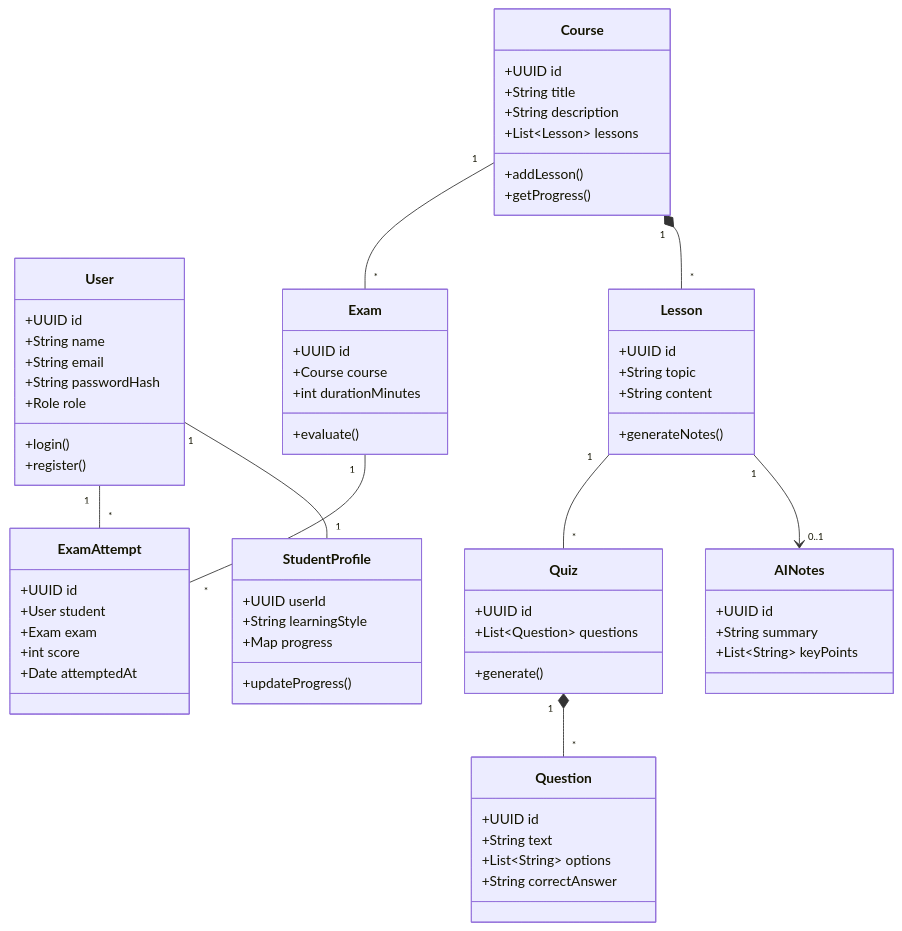
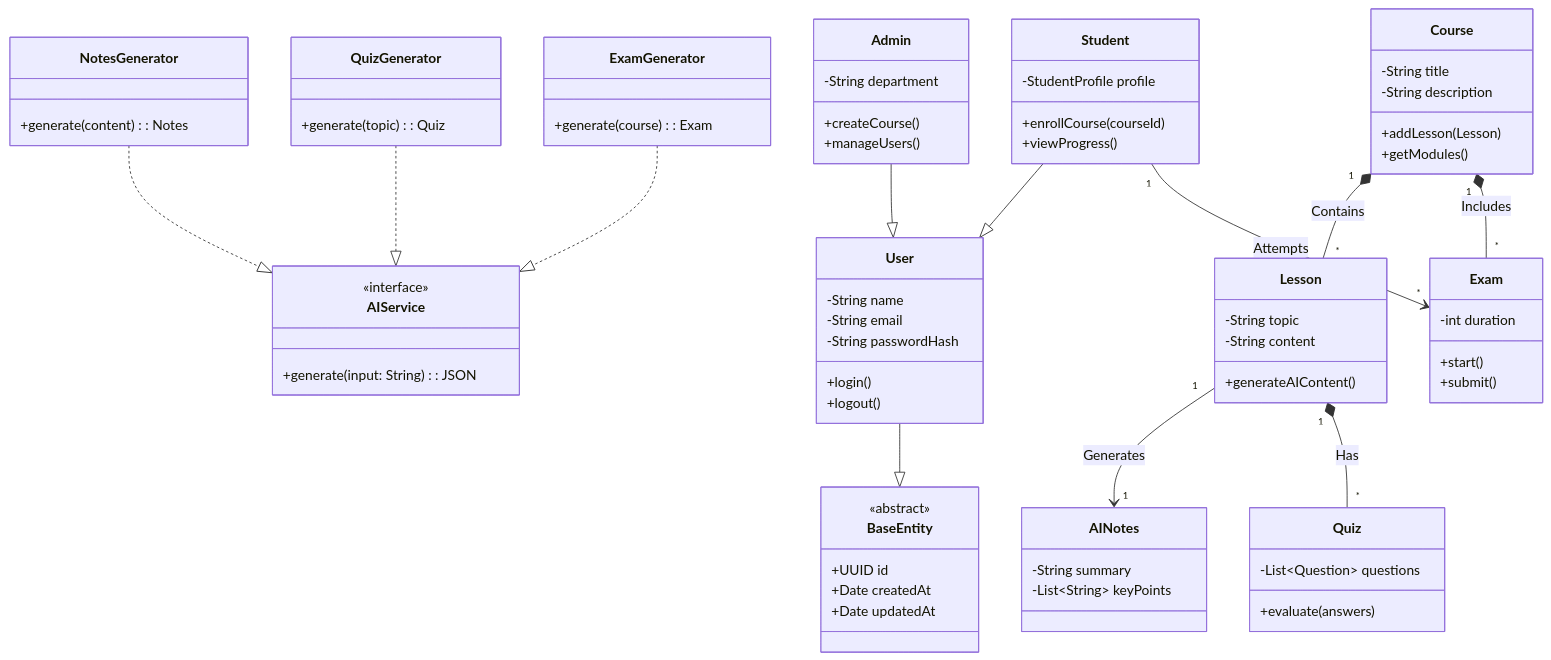
The first of 2 diagrams in docs/03_Structural_Diagrams.md (suvendukungfu/ai-education-platform), drawn with Mermaid before and after one commit. The commit also changed other lines of this file and 2 other files, not shown here.

Commit message:
Refine UML Class, Sequence, and Use Case diagrams based on specific requirements

````diff
--- a/docs/03_Structural_Diagrams.md
+++ b/docs/03_Structural_Diagrams.md
@@ -20,78 +16,94 @@
 ```mermaid
 classDiagram
-    class User {
-        +UUID id
-        +String name
-        +String email
-        +String passwordHash
-        +Role role
-        +login()
-        +register()
+    %% Abstract & Interface Definitions
+    class AIService {
+        <<interface>>
+        +generate(input: String): JSON
     }
 
-    class StudentProfile {
-        +UUID userId
-        +String learningStyle
-        +Map progress
-        +updateProgress()
+    class BaseEntity {
+        <<abstract>>
+        +UUID id
+        +Date createdAt
+        +Date updatedAt
     }
 
+    %% User Hierarchy (Inheritance)
+    class User {
+        -String name
+        -String email
+        -String passwordHash
+        +login()
+        +logout()
+    }
+
+    class Student {
+        -StudentProfile profile
+        +enrollCourse(courseId)
+        +viewProgress()
+    }
+
+    class Admin {
+        -String department
+        +createCourse()
+        +manageUsers()
+    }
+
+    User --|> BaseEntity
+    Student --|> User
+    Admin --|> User
+
+    %% Core Domain Models
     class Course {
-        +UUID id
-        +String title
-        +String description
-        +List~Lesson~ lessons
-        +addLesson()
-        +getProgress()
+        -String title
+        -String description
+        +addLesson(Lesson)
+        +getModules()
     }
 
     class Lesson {
-        +UUID id
-        +String topic
-        +String content
-        +generateNotes()
+        -String topic
+        -String content
+        +generateAIContent()
     }
 
     class AINotes {
-        +UUID id
-        +String summary
-        +List~String~ keyPoints
+        -String summary
+        -List~String~ keyPoints
     }
 
     class Quiz {
-        +UUID id
-        +List~Question~ questions
-        +generate()
-    }
-
-    class Question {
-        +UUID id
-        +String text
-        +List~String~ options
-        +String correctAnswer
+        -List~Question~ questions
+        +evaluate(answers)
     }
 
     class Exam {
-        +UUID id
-        +Course course
-        +int durationMinutes
-        +evaluate()
+        -int duration
+        +start()
+        +submit()
     }
 
-    class ExamAttempt {
-        +UUID id
-        +User student
-        +Exam exam
-        +int score
-        +Date attemptedAt
+    %% AI Implementation (Polymorphism)
+    class NotesGenerator {
+        +generate(content): Notes
     }
 
-    User "1" -- "1" StudentProfile
-    Course "1" *-- "*" Lesson
-    Lesson "1" --> "0..1" AINotes
-    Lesson "1" -- "*" Quiz
-    Quiz "1" *-- "*" Question
-    Course "1" -- "*" Exam
-    User "1" -- "*" ExamAttempt
-    Exam "1" -- "*" ExamAttempt
+    class QuizGenerator {
+        +generate(topic): Quiz
+    }
+
+    class ExamGenerator {
+        +generate(course): Exam
+    }
+
+    NotesGenerator ..|> AIService
+    QuizGenerator ..|> AIService
+    ExamGenerator ..|> AIService
+
+    %% Relationships
+    Course "1" *-- "*" Lesson : Contains
+    Lesson "1" --> "1" AINotes : Generates
+    Lesson "1" *-- "*" Quiz : Has
+    Course "1" *-- "*" Exam : Includes
+    Student "1" --> "*" Exam : Attempts
 ```
````
